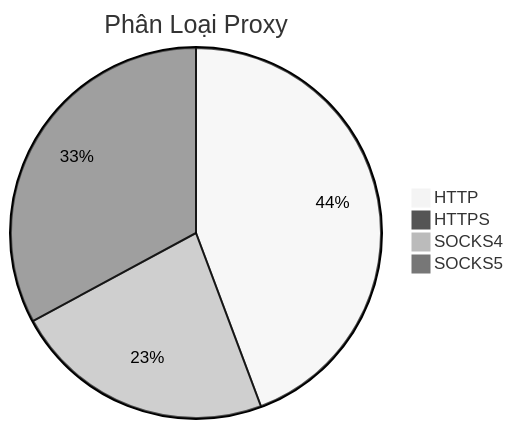
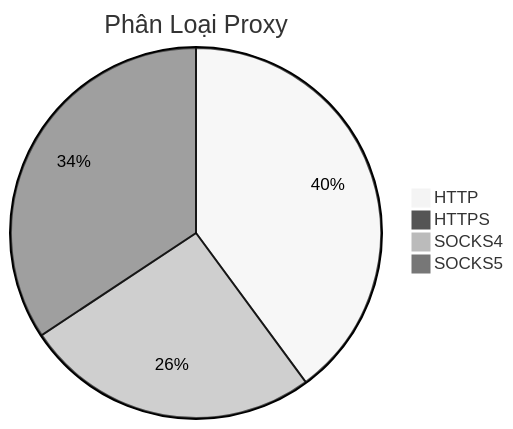
One commit to Ciara-12/PROXY-free changed the diagram in README.md. Above: the diagram before and after it, drawn with Mermaid (neutral theme). The commit also changed other lines of this file and 3 other files, not shown here.

````diff
--- a/README.md
+++ b/README.md
@@ -26,7 +26,7 @@
 ```mermaid
 pie title Phân Loại Proxy
-    "HTTP" : 788
+    "HTTP" : 735
     "HTTPS" : 2
-    "SOCKS4" : 406
-    "SOCKS5" : 585
+    "SOCKS4" : 475
+    "SOCKS5" : 632
 ```
````
